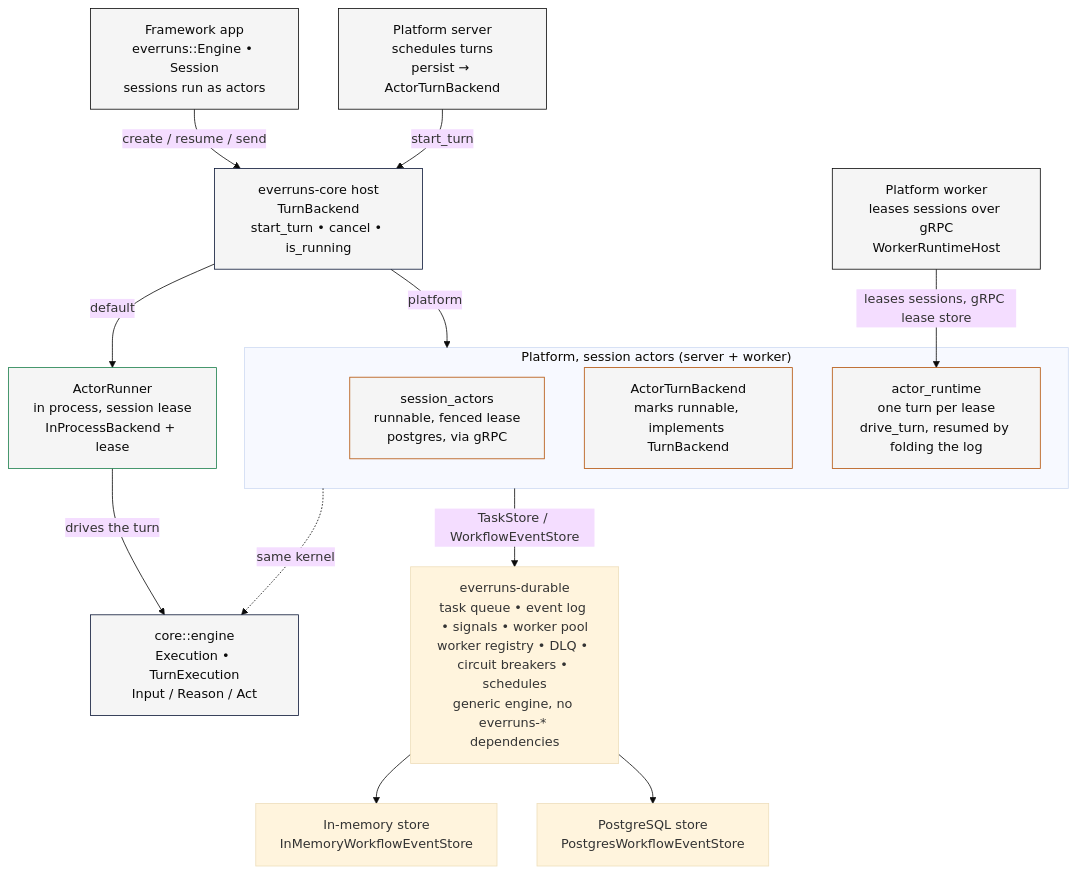
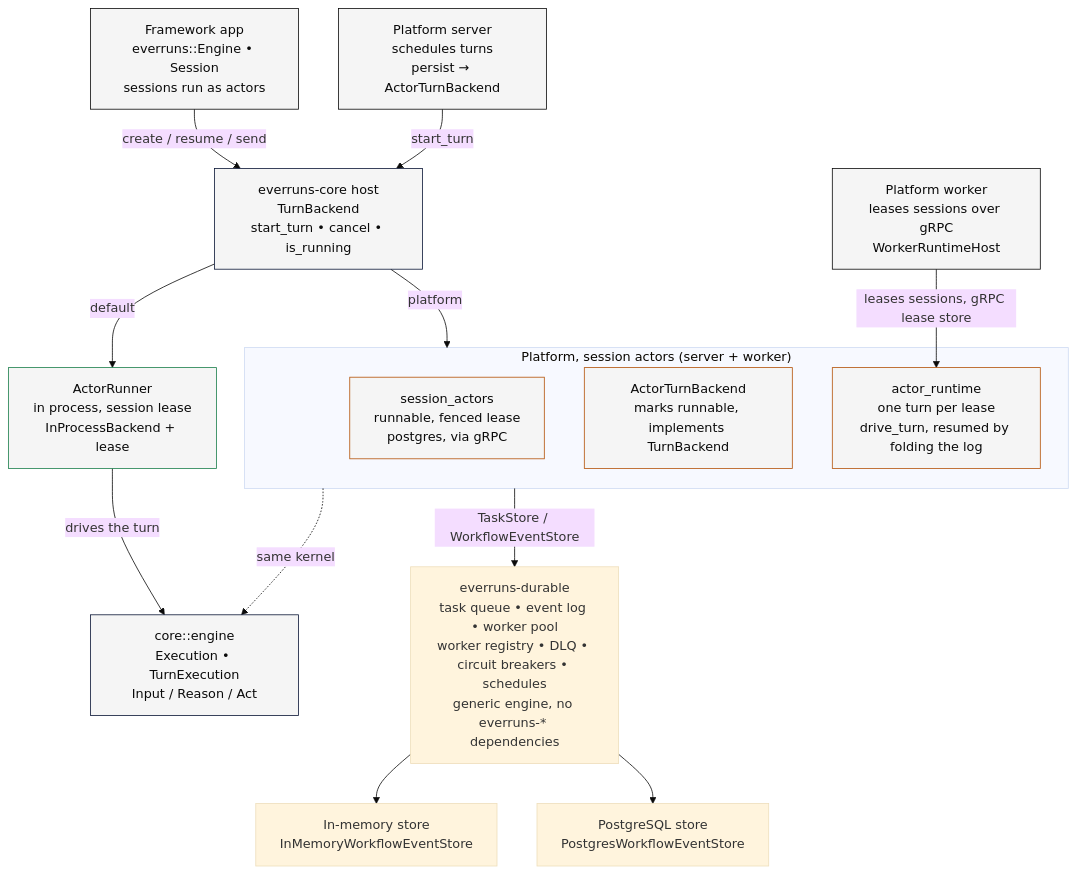
Before and after one commit to everruns/everruns: the diagram in docs/framework/architecture.mmd, drawn with Mermaid (base theme). The commit also changed 6 other files, not shown here.

```diff
--- a/docs/framework/architecture.mmd
+++ b/docs/framework/architecture.mmd
@@ -1,41 +1,41 @@
 flowchart TB
     F["Framework app<br/>everruns::Engine • Session<br/>sessions run as actors"]
     S["Platform server<br/>schedules turns<br/>persist → ActorTurnBackend"]
     W["Platform worker<br/>leases sessions over gRPC<br/>WorkerRuntimeHost"]
 
     B["everruns-core host<br/>TurnBackend<br/>start_turn • cancel • is_running"]
 
     I["ActorRunner<br/>in process, session lease<br/>InProcessBackend + lease"]
 
     subgraph DE["Platform, session actors (server + worker)"]
         SA["session_actors<br/>runnable, fenced lease<br/>postgres, via gRPC"]
         DR["ActorTurnBackend<br/>marks runnable, implements TurnBackend"]
         TD["actor_runtime<br/>one turn per lease<br/>drive_turn, resumed by folding the log"]
     end
 
     K["core::engine<br/>Execution • TurnExecution<br/>Input / Reason / Act"]
 
-    D["everruns-durable<br/>task queue • event log • signals • worker pool<br/>worker registry • DLQ • circuit breakers • schedules<br/>generic engine, no everruns-* dependencies"]
+    D["everruns-durable<br/>task queue • event log • worker pool<br/>worker registry • DLQ • circuit breakers • schedules<br/>generic engine, no everruns-* dependencies"]
 
     M["In-memory store<br/>InMemoryWorkflowEventStore"]
     P["PostgreSQL store<br/>PostgresWorkflowEventStore"]
 
     F -->|"create / resume / send"| B
     S -->|"start_turn"| B
     B -->|"default"| I
     B -->|"platform"| DE
     W -->|"leases sessions, gRPC lease store"| TD
     I -->|"drives the turn"| K
     DE -.->|"same kernel"| K
     DE -->|"TaskStore / WorkflowEventStore"| D
     D --> M
     D --> P
 
     classDef application fill:#F5F5F5,stroke:#0A0A0A,color:#0A0A0A
     classDef immediate fill:#F5F5F5,stroke:#1B7F4B,color:#0A0A0A
     classDef durable fill:#F5F5F5,stroke:#B45309,color:#0A0A0A
     classDef kernel fill:#F5F5F5,stroke:#0A1636,color:#0A0A0A
     class F,S,W application
     class I immediate
     class SA,DR,TD durable
     class B,K kernel
```
